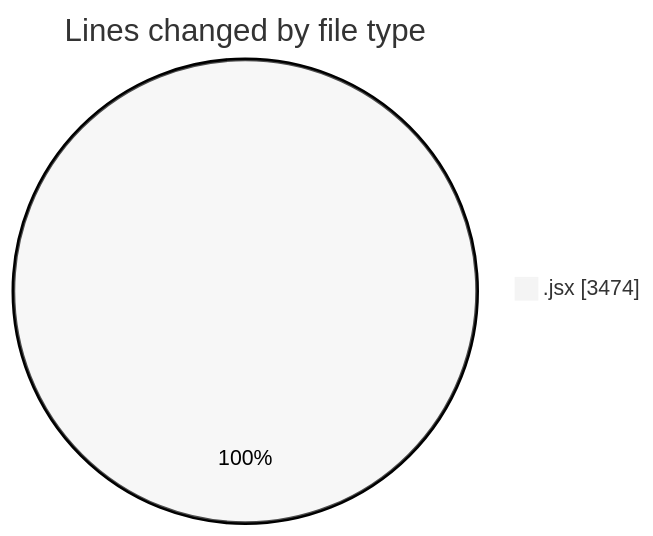
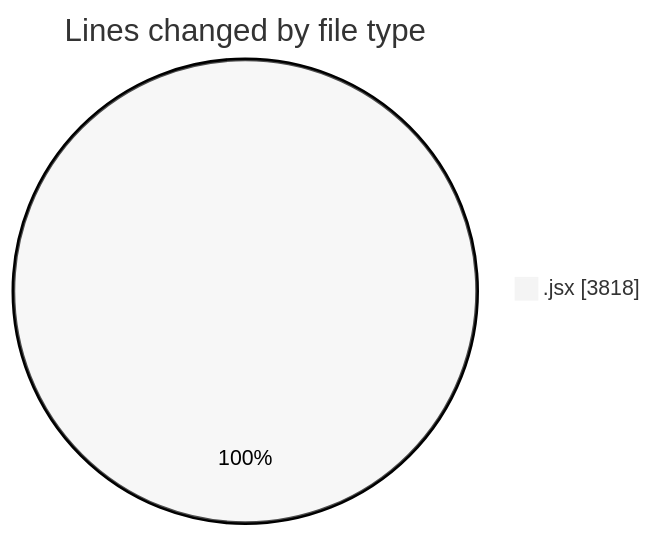
The first of 2 diagrams in 2025-10-14/nxtqube_webapp/README.md (nxtqubesakshisongat/code-tracking), drawn with Mermaid (neutral theme) before and after one commit. The commit also changed other lines of this file and 1 other file, not shown here.

````diff
--- a/2025-10-14/nxtqube_webapp/README.md
+++ b/2025-10-14/nxtqube_webapp/README.md
@@ -21,5 +21,5 @@
 ```mermaid
 pie showData
 title Lines changed by file type
-".jsx" : 3474
+".jsx" : 3818
 ```
````
